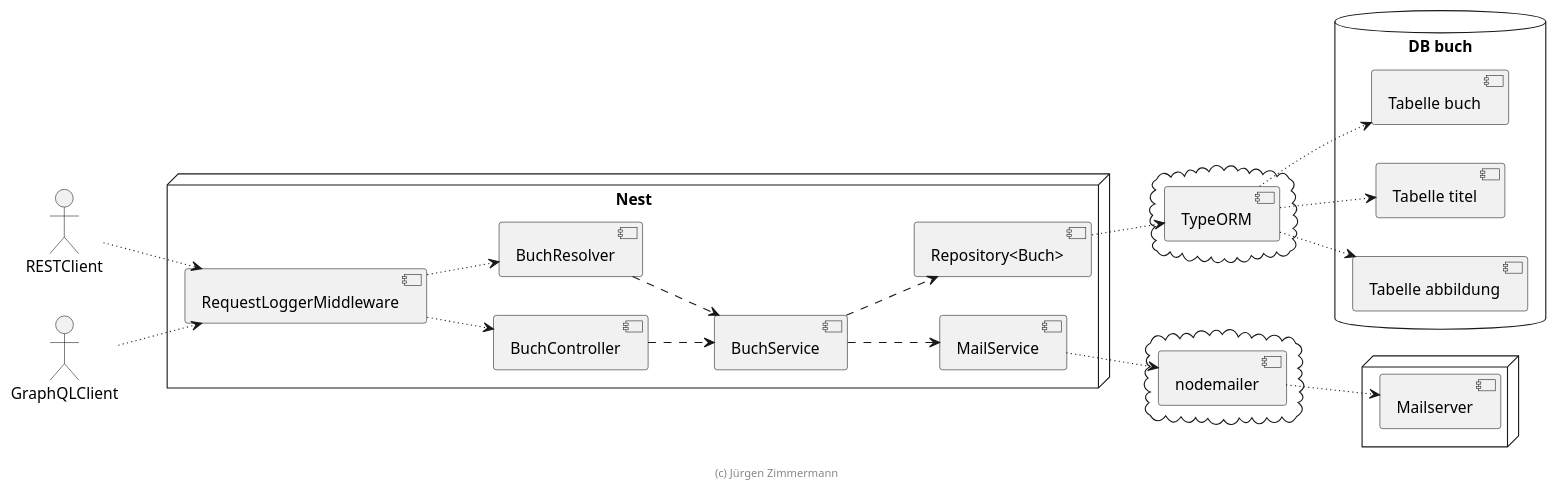
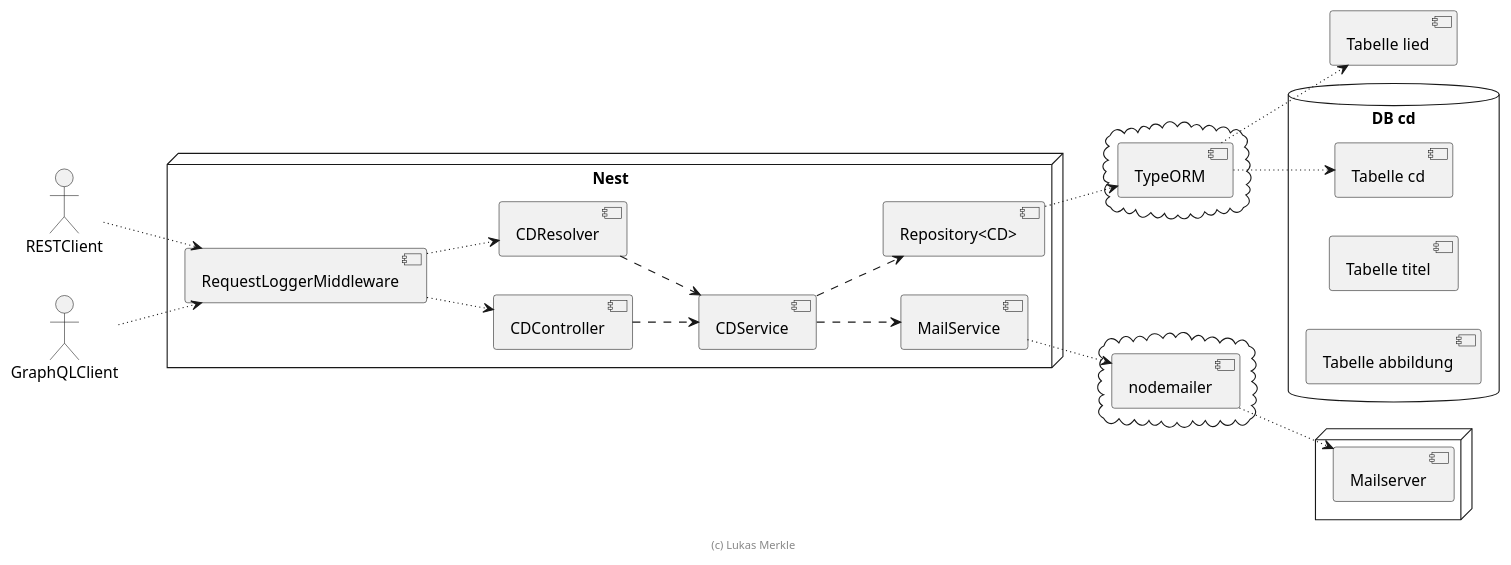
One commit to melu1025/cd1 changed the diagram in .extras/doc/projekthandbuch/komponenten.plantuml. Above: the diagram before and after it, drawn with PlantUML. The commit also changed 4 other files, not shown here.

```diff
--- a/.extras/doc/projekthandbuch/komponenten.plantuml
+++ b/.extras/doc/projekthandbuch/komponenten.plantuml
@@ -18,61 +18,60 @@
 @startuml Komponenten
 
 left to right direction
 
 actor RESTClient
 actor GraphQLClient
 
 node "Nest" {
   [RequestLoggerMiddleware]
 
-  [BuchController]
-  [BuchResolver]
+  [CDController]
+  [CDResolver]
 
-  [BuchService]
+  [CDService]
 
-  [Repository<Buch>]
+  [Repository<CD>]
 
   [MailService]
 }
 
 
 cloud {
     [TypeORM]
 }
 
 cloud {
     [nodemailer]
 }
 
-database "DB buch" {
-    [Tabelle buch]
+database "DB cd" {
+    [Tabelle cd]
     [Tabelle titel]
     [Tabelle abbildung]
 }
 
 node {
     [Mailserver]
 }
 
 RESTClient ~~> [RequestLoggerMiddleware]
 GraphQLClient ~~> [RequestLoggerMiddleware]
 
-[RequestLoggerMiddleware] ~~> [BuchController]
-[RequestLoggerMiddleware] ~~> [BuchResolver]
+[RequestLoggerMiddleware] ~~> [CDController]
+[RequestLoggerMiddleware] ~~> [CDResolver]
 
-[BuchController] ..> [BuchService]
-[BuchResolver] ..> [BuchService]
-[BuchService] ..> [Repository<Buch>]
+[CDController] ..> [CDService]
+[CDResolver] ..> [CDService]
+[CDService] ..> [Repository<CD>]
 
-[Repository<Buch>] ~~> [TypeORM]
-[TypeORM] ~~> [Tabelle buch]
-[TypeORM] ~~> [Tabelle titel]
-[TypeORM] ~~> [Tabelle abbildung]
+[Repository<CD>] ~~> [TypeORM]
+[TypeORM] ~~> [Tabelle cd]
+[TypeORM] ~~> [Tabelle lied]
 
-[BuchService] ..> [MailService]
+[CDService] ..> [MailService]
 [MailService] ~~> [nodemailer]
 [nodemailer] ~~> [Mailserver]
 
-footer (c) Jürgen Zimmermann
+footer (c) Lukas Merkle
 
 @enduml
```
